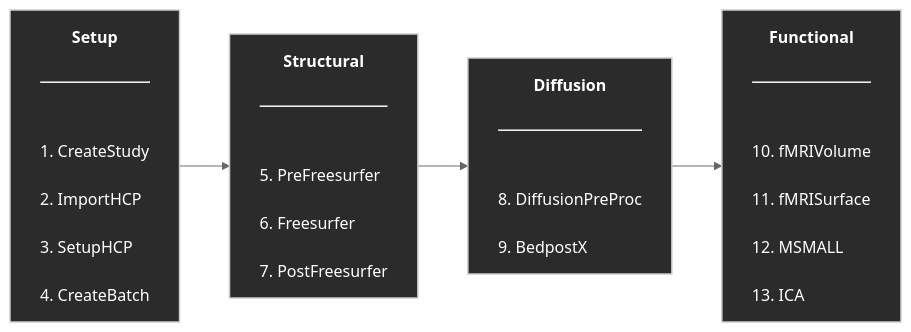
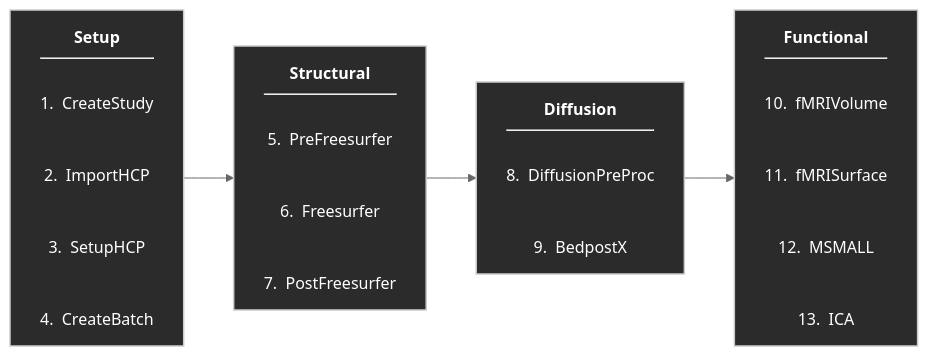
Before and after one commit to SPMIC-UoN/QuNex_Processing_Pipeline: the diagram in README.md, drawn with Mermaid (neutral theme).

````diff
--- a/README.md
+++ b/README.md
@@ -38,42 +38,33 @@
 ```mermaid
+%%{init: {"flowchart": {"htmlLabels": true}} }%%
 flowchart LR
 
-classDef stage fill:#2b2b2b,stroke:#cccccc,stroke-width:1.5px,color:#ffffff;
+%% Left-align node text by default (body), keep overall styling
+classDef stage fill:#2b2b2b,stroke:#cccccc,stroke-width:1.5px,color:#ffffff,text-align:left;
 
-Setup["<div align='center'><b>Setup</b></div>
-<hr/>
-<div align='left'>
-1. CreateStudy<br/>
-2. ImportHCP<br/>
-3. SetupHCP<br/>
-4. CreateBatch
-</div>"]
+%% Use a centered header line + divider + body with a bit more line spacing
+Setup["<div style='text-align:center;'><b>Setup</b></div><hr/>
+1.&nbsp;&nbsp;CreateStudy<br/><br/>
+2.&nbsp;&nbsp;ImportHCP<br/><br/>
+3.&nbsp;&nbsp;SetupHCP<br/><br/>
+4.&nbsp;&nbsp;CreateBatch"]
 
-Structural["<div align='center'><b>Structural</b></div>
-<hr/>
-<div align='left'>
-5. PreFreesurfer<br/>
-6. Freesurfer<br/>
-7. PostFreesurfer
-</div>"]
+Structural["<div style='text-align:center;'><b>Structural</b></div><hr/>
+5.&nbsp;&nbsp;PreFreesurfer<br/><br/>
+6.&nbsp;&nbsp;Freesurfer<br/><br/>
+7.&nbsp;&nbsp;PostFreesurfer"]
 
-Diffusion["<div align='center'><b>Diffusion</b></div>
-<hr/>
-<div align='left'>
-8. DiffusionPreProc<br/>
-9. BedpostX
-</div>"]
+Diffusion["<div style='text-align:center;'><b>Diffusion</b></div><hr/>
+8.&nbsp;&nbsp;DiffusionPreProc<br/><br/>
+9.&nbsp;&nbsp;BedpostX"]
 
-Functional["<div align='center'><b>Functional</b></div>
-<hr/>
-<div align='left'>
-10. fMRIVolume<br/>
-11. fMRISurface<br/>
-12. MSMALL<br/>
-13. ICA
-</div>"]
+Functional["<div style='text-align:center;'><b>Functional</b></div><hr/>
+10.&nbsp;&nbsp;fMRIVolume<br/><br/>
+11.&nbsp;&nbsp;fMRISurface<br/><br/>
+12.&nbsp;&nbsp;MSMALL<br/><br/>
+13.&nbsp;&nbsp;ICA"]
 
 Setup --> Structural --> Diffusion --> Functional
 
 class Setup,Structural,Diffusion,Functional stage;
 ```
````
